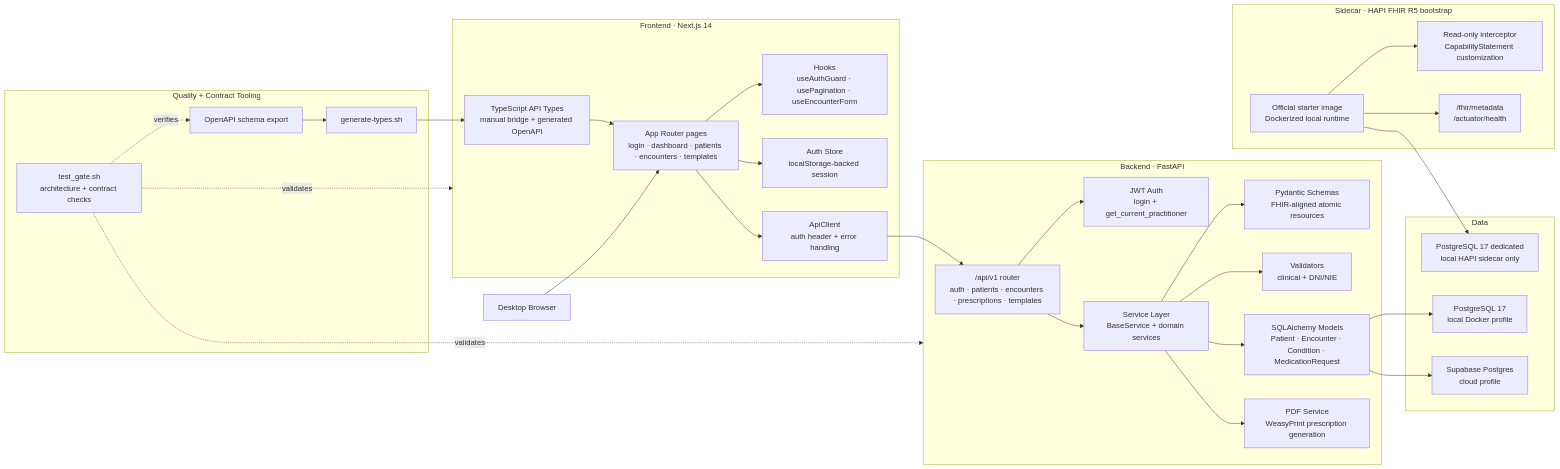
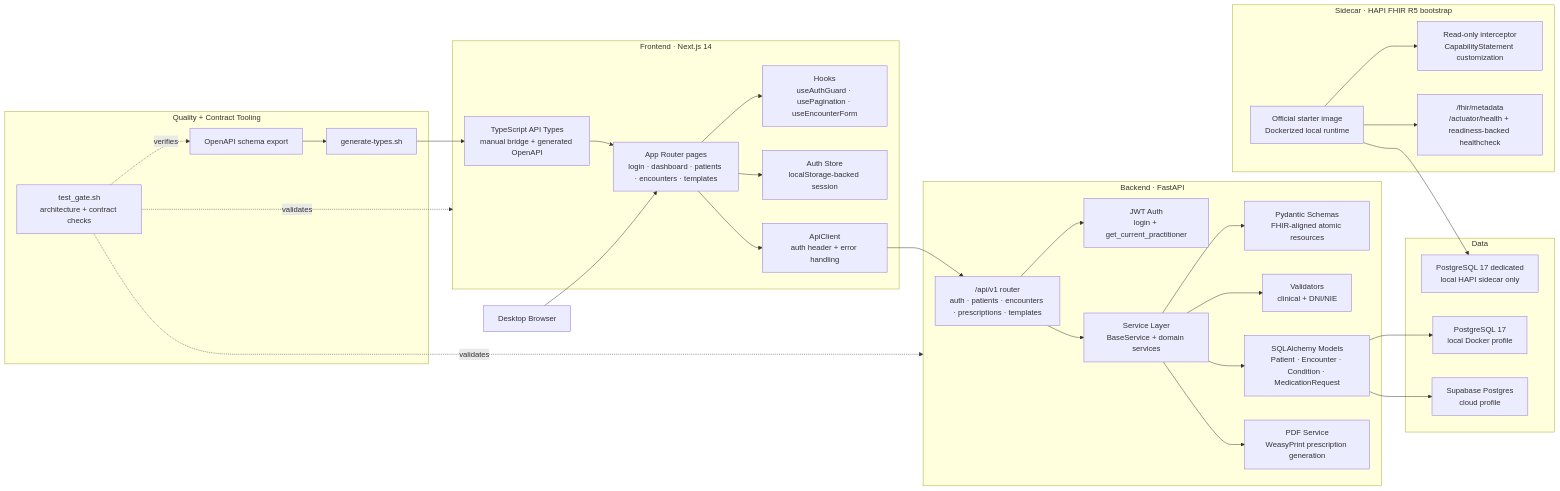
One commit to AIOjPINEDA/EHR_Local changed the second of 2 diagrams in docs/architecture/overview.md. Above: the diagram before and after it, drawn with Mermaid. The commit also changed other lines of this file and 1 other file, not shown here.

````diff
--- a/docs/architecture/overview.md
+++ b/docs/architecture/overview.md
@@ -46,65 +46,65 @@
 ```mermaid
 flowchart LR
     Browser["Desktop Browser"]
 
     subgraph Frontend["Frontend · Next.js 14"]
         Pages["App Router pages\nlogin · dashboard · patients · encounters · templates"]
         Hooks["Hooks\nuseAuthGuard · usePagination · useEncounterForm"]
         Store["Auth Store\nlocalStorage-backed session"]
         ApiClient["ApiClient\nauth header + error handling"]
         Types["TypeScript API Types\nmanual bridge + generated OpenAPI"]
     end
 
     subgraph Backend["Backend · FastAPI"]
         Router["/api/v1 router\nauth · patients · encounters · prescriptions · templates"]
         Auth["JWT Auth\nlogin + get_current_practitioner"]
         Services["Service Layer\nBaseService + domain services"]
         Schemas["Pydantic Schemas\nFHIR-aligned atomic resources"]
         Models["SQLAlchemy Models\nPatient · Encounter · Condition · MedicationRequest"]
         Validators["Validators\nclinical + DNI/NIE"]
         PdfService["PDF Service\nWeasyPrint prescription generation"]
     end
 
     subgraph Sidecar["Sidecar · HAPI FHIR R5 bootstrap"]
         Starter["Official starter image\nDockerized local runtime"]
         Overlay["Read-only interceptor\nCapabilityStatement customization"]
-        Ops["/fhir/metadata\n/actuator/health"]
+        Ops["/fhir/metadata\n/actuator/health + readiness-backed healthcheck"]
     end
 
     subgraph Data["Data"]
         LocalPG["PostgreSQL 17\nlocal Docker profile"]
         SupabasePG["Supabase Postgres\ncloud profile"]
         HapiPG["PostgreSQL 17 dedicated\nlocal HAPI sidecar only"]
     end
 
     subgraph Tooling["Quality + Contract Tooling"]
         OpenAPI["OpenAPI schema export"]
         TypeGen["generate-types.sh"]
         Gate["test_gate.sh\narchitecture + contract checks"]
     end
 
     Browser --> Pages
     Pages --> Hooks
     Pages --> Store
     Pages --> ApiClient
     ApiClient --> Router
     Types --> Pages
     OpenAPI --> TypeGen
     TypeGen --> Types
 
     Router --> Auth
     Router --> Services
     Services --> Schemas
     Services --> Validators
     Services --> Models
     Services --> PdfService
     Models --> LocalPG
     Models --> SupabasePG
     Starter --> Overlay
     Starter --> Ops
     Starter --> HapiPG
 
     Gate -. validates .-> Frontend
     Gate -. validates .-> Backend
     Gate -. verifies .-> OpenAPI
 ```
````
